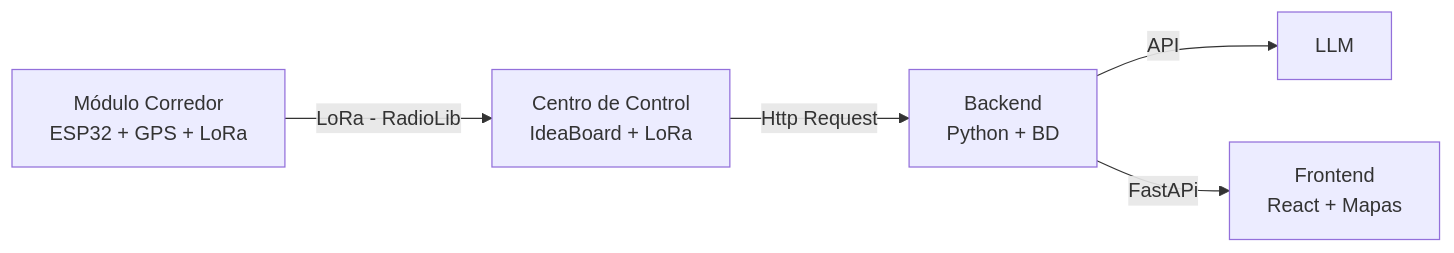
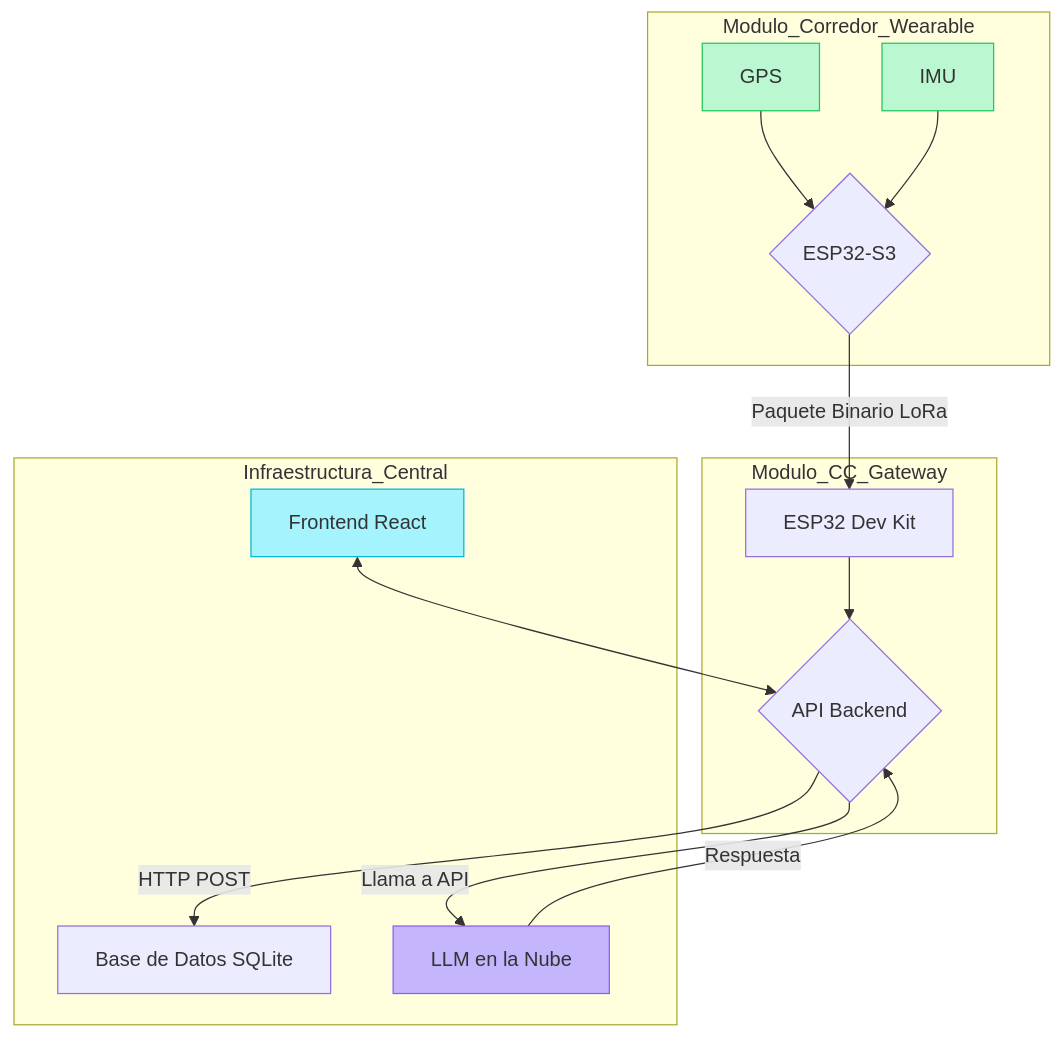
Before and after one commit to RASTRO-CR/Rastro: the diagram in README.md, drawn with Mermaid. The commit also changed other lines of this file, not shown here.

````diff
--- a/README.md
+++ b/README.md
@@ -39,7 +6,25 @@
-  ```mermaid
-   graph LR
-    A[Módulo Corredor<br>ESP32 + GPS + LoRa] -->|LoRa - RadioLib| B[Centro de Control<br>IdeaBoard + LoRa]
-    B --> |Http Request| C[Backend<br>Python + BD]
-    C --> |API| D[LLM]
-    C --> |FastAPi| E[Frontend<br>React + Mapas]
-  ```
+```mermaid
+graph TD
+    subgraph Modulo_Corredor_Wearable
+        A[GPS] --> C{ESP32-S3}
+        B[IMU] --> C
+    end
+
+    subgraph Modulo_CC_Gateway
+        E[ESP32 Dev Kit] --> F{API Backend}
+    end
+
+    subgraph Infraestructura_Central
+        F -- HTTP POST --> G[Base de Datos SQLite]
+        F -- Llama a API --> H[LLM en la Nube]
+        H -- Respuesta --> F
+        I[Frontend React] <--> F
+    end
+
+    C -- Paquete Binario LoRa --> E
+
+    style A fill:#bbf7d0,stroke:#22c55e
+    style B fill:#bbf7d0,stroke:#22c55e
+    style H fill:#c4b5fd,stroke:#8b5cf6
+    style I fill:#a5f3fc,stroke:#06b6d4
+```
````
